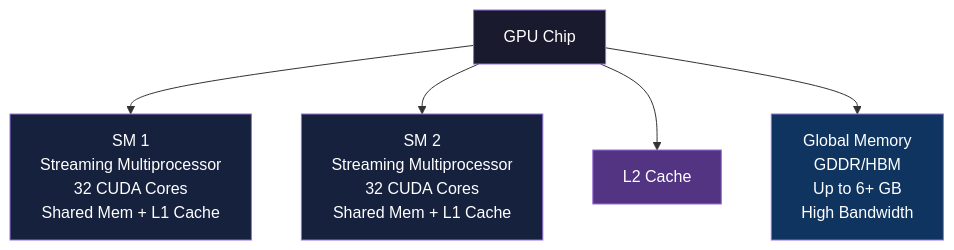
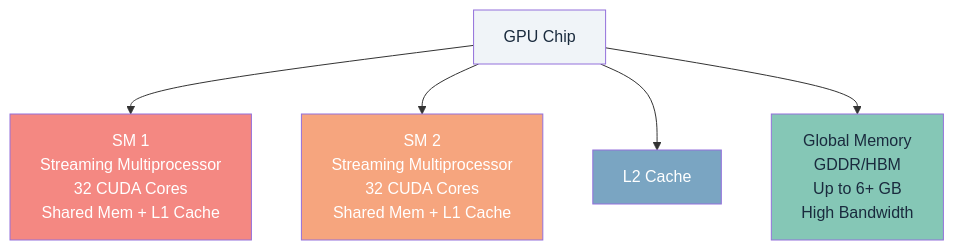
One commit to Dharani9018/Academic_stuff changed diagram 14 of 20 in sem4/MPCA/U4/README.md. Above: the diagram before and after it, drawn with Mermaid. The commit also changed other lines of this file and 3 other files, not shown here.

````diff
--- a/sem4/MPCA/U4/README.md
+++ b/sem4/MPCA/U4/README.md
@@ -730,14 +735,14 @@
 ```mermaid
 graph TD
-    style GPU fill:#1a1a2e,color:#fff
-    style SM1 fill:#16213e,color:#fff
-    style SM2 fill:#16213e,color:#fff
-    style GM fill:#0f3460,color:#fff
-    style L2 fill:#533483,color:#fff
+    style GPU fill:#f0f4f8,color:#1a2b3e
+    style SM1 fill:#f48882,color:#fff
+    style SM2 fill:#f6a57e,color:#fff
+    style GM fill:#85c7b6,color:#1a2b3e
+    style L2 fill:#7aa5c2,color:#fff
 
     GPU[GPU Chip]
     GPU --> SM1[SM 1\nStreaming Multiprocessor\n32 CUDA Cores\nShared Mem + L1 Cache]
     GPU --> SM2[SM 2\nStreaming Multiprocessor\n32 CUDA Cores\nShared Mem + L1 Cache]
     GPU --> L2[L2 Cache]
     GPU --> GM[Global Memory\nGDDR/HBM\nUp to 6+ GB\nHigh Bandwidth]
 ```
````
